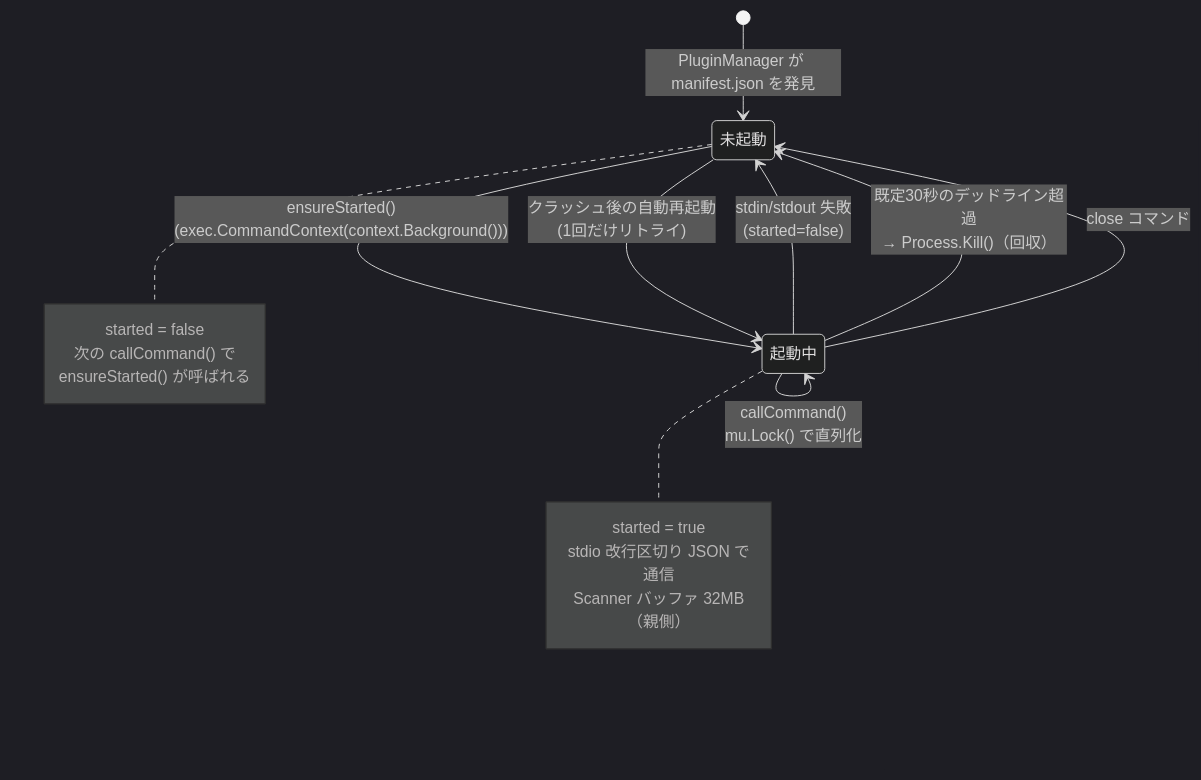
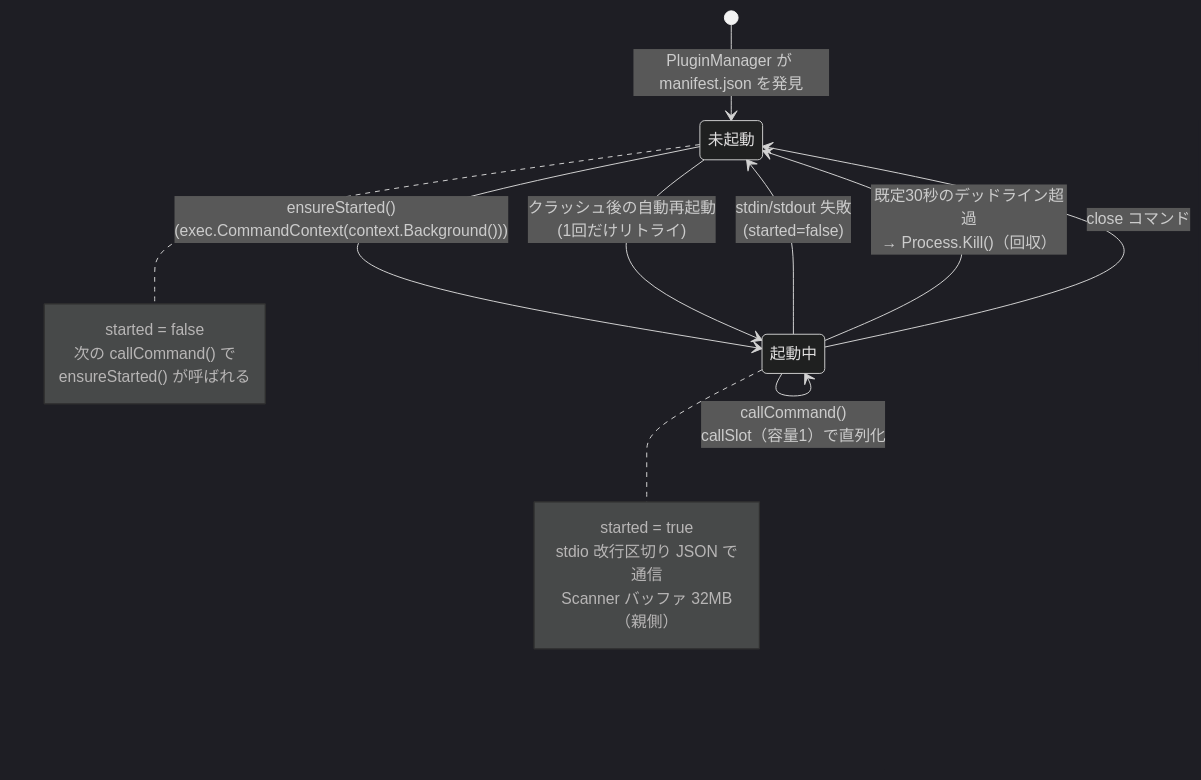
Before and after one commit to mt3hr/gkill: the ninth of 10 diagrams in documents/reverse/state-machines.md, drawn with Mermaid (dark theme). The commit also changed other lines of this file and 34 other files, not shown here.

````diff
--- a/documents/reverse/state-machines.md
+++ b/documents/reverse/state-machines.md
@@ -372,26 +372,26 @@
 ```mermaid
 stateDiagram-v2
     [*] --> 未起動: PluginManager が manifest.json を発見
 
     未起動 --> 起動中: ensureStarted()<br>(exec.CommandContext(context.Background()))
 
-    起動中 --> 起動中: callCommand()<br>mu.Lock() で直列化
+    起動中 --> 起動中: callCommand()<br>callSlot（容量1）で直列化
 
     起動中 --> 未起動: stdin/stdout 失敗<br>(started=false)
     起動中 --> 未起動: 既定30秒のデッドライン超過<br>→ Process.Kill()（回収）
     起動中 --> 未起動: close コマンド
 
     未起動 --> 起動中: クラッシュ後の自動再起動<br>(1回だけリトライ)
 
     note right of 起動中
         started = true
         stdio 改行区切り JSON で通信
         Scanner バッファ 32MB（親側）
     end note
 
     note right of 未起動
         started = false
         次の callCommand() で
         ensureStarted() が呼ばれる
     end note
 ```
````
